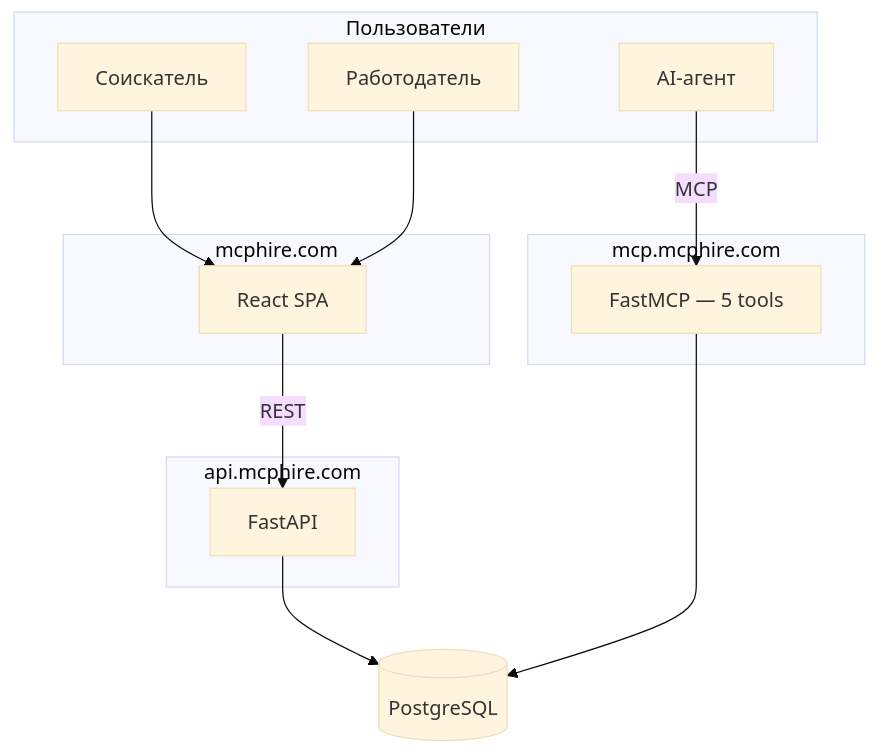
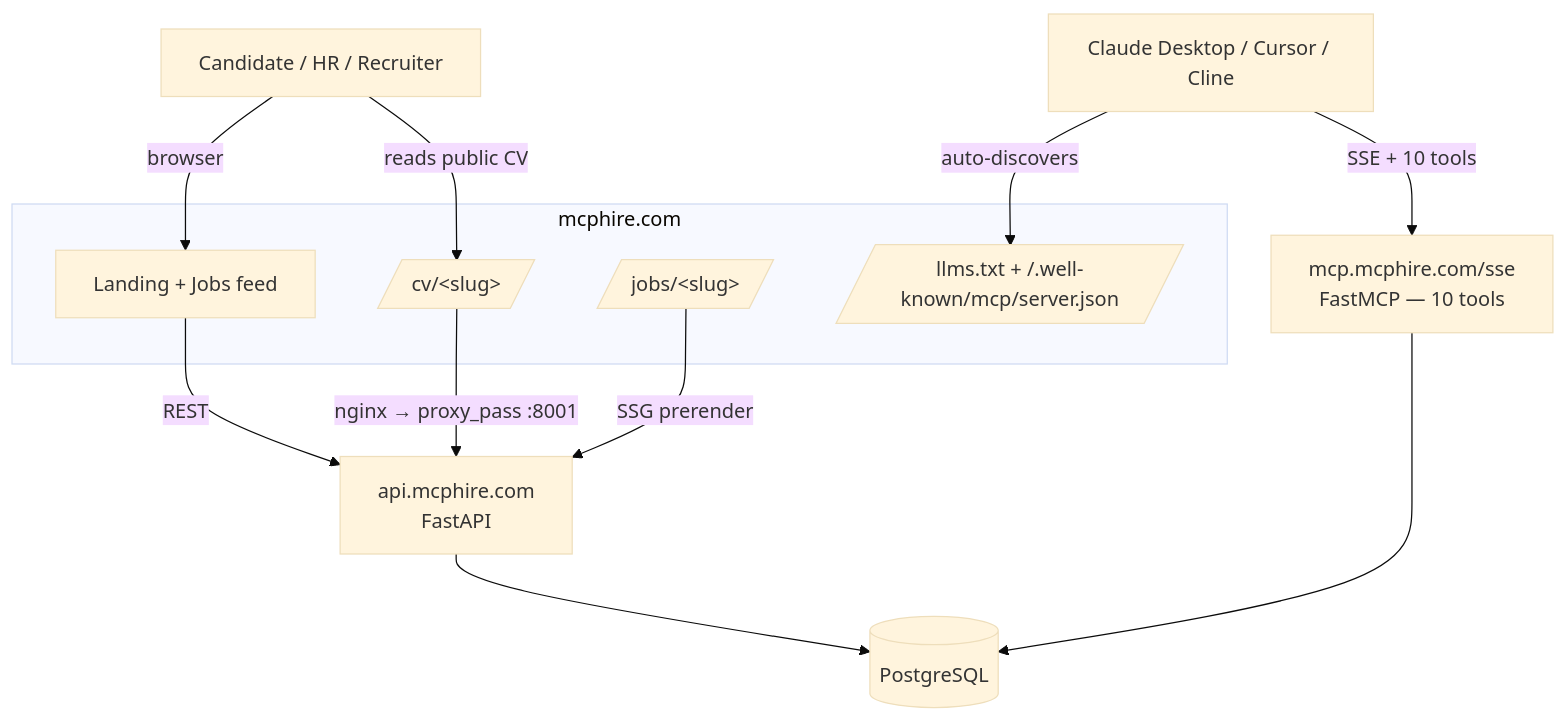
One commit to TimmyZinin/mcphire-frontend changed the diagram in README.md. Above: the diagram before and after it, drawn with Mermaid (base theme). The commit also changed other lines of this file, not shown here.

Commit message:
docs(s12): rewrite README with actual v1.3.0 state + agent-discovery focus

````diff
--- a/README.md
+++ b/README.md
@@ -7,29 +19,26 @@
 ```mermaid
 flowchart TB
-    subgraph Пользователи
-        S[Соискатель]
-        E[Работодатель]
-        AI[AI-агент]
+    User[Candidate / HR / Recruiter]
+    Claude[Claude Desktop / Cursor / Cline]
+
+    subgraph "mcphire.com"
+        Landing[Landing + Jobs feed]
+        CV[/cv/&lt;slug&gt;/]
+        Jobs[/jobs/&lt;slug&gt;/]
+        Discovery[/llms.txt + /.well-known/mcp/server.json/]
     end
 
-    subgraph "mcphire.com"
-        SPA[React SPA]
-    end
-
-    subgraph "api.mcphire.com"
-        API[FastAPI]
-    end
-
-    subgraph "mcp.mcphire.com"
-        MCP[FastMCP — 5 tools]
-    end
-
+    API[api.mcphire.com<br/>FastAPI]
+    MCP[mcp.mcphire.com/sse<br/>FastMCP — 10 tools]
     DB[(PostgreSQL)]
 
-    S --> SPA
-    E --> SPA
-    SPA -->|REST| API
-    AI -->|MCP| MCP
+    User -->|browser| Landing
+    User -->|reads public CV| CV
+    Claude -->|auto-discovers| Discovery
+    Claude -->|SSE + 10 tools| MCP
+    Landing -->|REST| API
+    CV -->|nginx → proxy_pass :8001| API
+    Jobs -->|SSG prerender| API
     API --> DB
     MCP --> DB
 ```
````
